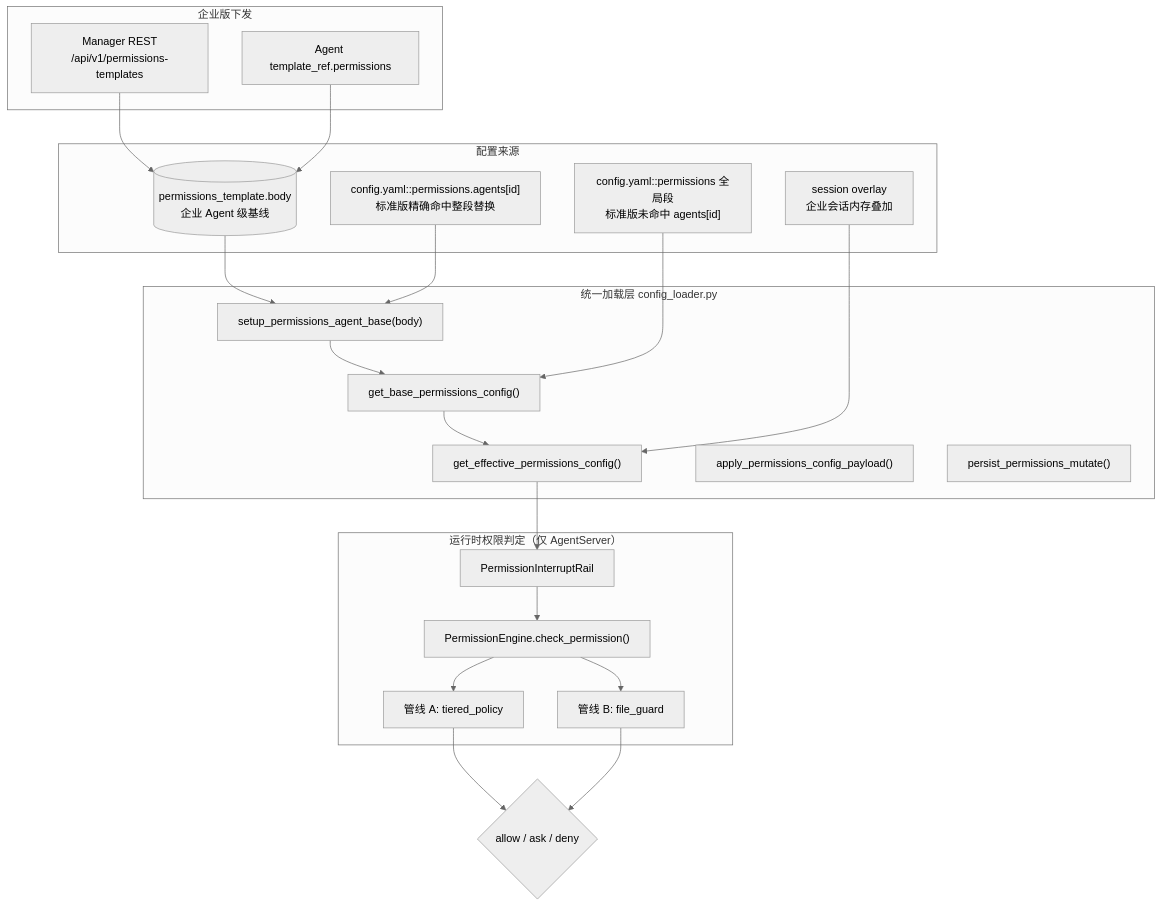
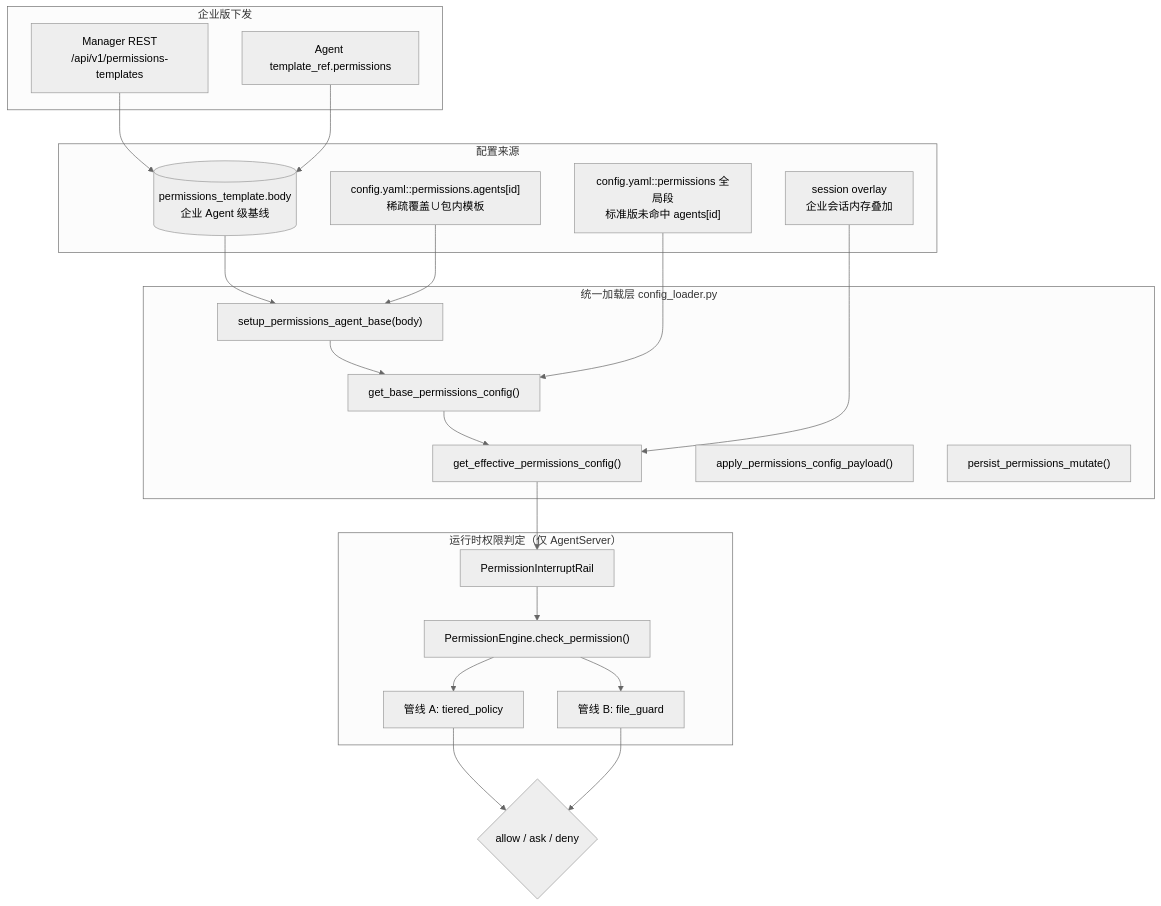
One commit to chang-enoch/jiuwenswarm changed the first of 5 diagrams in docs/zh/permissions_config_architecture.md. Above: the diagram before and after it, drawn with Mermaid (neutral theme). The commit also changed other lines of this file and 4 other files, not shown here.

````diff
--- a/docs/zh/permissions_config_architecture.md
+++ b/docs/zh/permissions_config_architecture.md
@@ -16,45 +16,45 @@
 ```mermaid
 flowchart TB
     subgraph sources [配置来源]
         YAML["config.yaml::permissions 全局段<br/>标准版未命中 agents[id]"]
-        AGENTS["config.yaml::permissions.agents[id]<br/>标准版精确命中整段替换"]
+        AGENTS["config.yaml::permissions.agents[id]<br/>稀疏覆盖∪包内模板"]
         TPL[("permissions_template.body<br/>企业 Agent 级基线")]
         OVL["session overlay<br/>企业会话内存叠加"]
     end
 
     subgraph enterprise [企业版下发]
         MREST["Manager REST<br/>/api/v1/permissions-templates"]
         AREF["Agent template_ref.permissions"]
         MREST --> TPL
         AREF --> TPL
     end
 
     subgraph loader [统一加载层 config_loader.py]
         AGENT["setup_permissions_agent_base(body)"]
         GET["get_effective_permissions_config()"]
         BASE["get_base_permissions_config()"]
         APPLY["apply_permissions_config_payload()"]
         PERSIST["persist_permissions_mutate()"]
     end
 
     TPL --> AGENT
     AGENTS --> AGENT
     AGENT --> BASE
     YAML --> BASE
     BASE --> GET
     OVL --> GET
 
     subgraph runtime [运行时权限判定（仅 AgentServer）]
         RAIL["PermissionInterruptRail"]
         ENGINE["PermissionEngine.check_permission()"]
         A["管线 A: tiered_policy"]
         B["管线 B: file_guard"]
     end
 
     GET --> RAIL
     RAIL --> ENGINE
     ENGINE --> A
     ENGINE --> B
     A --> DEC{"allow / ask / deny"}
     B --> DEC
 ```
````
